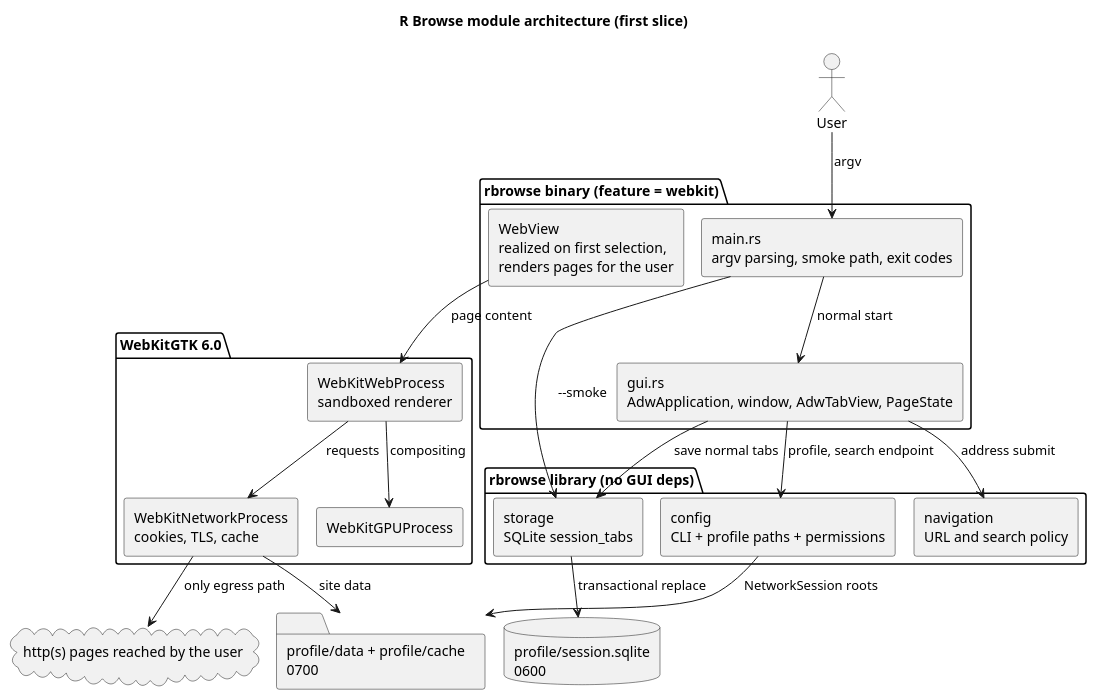
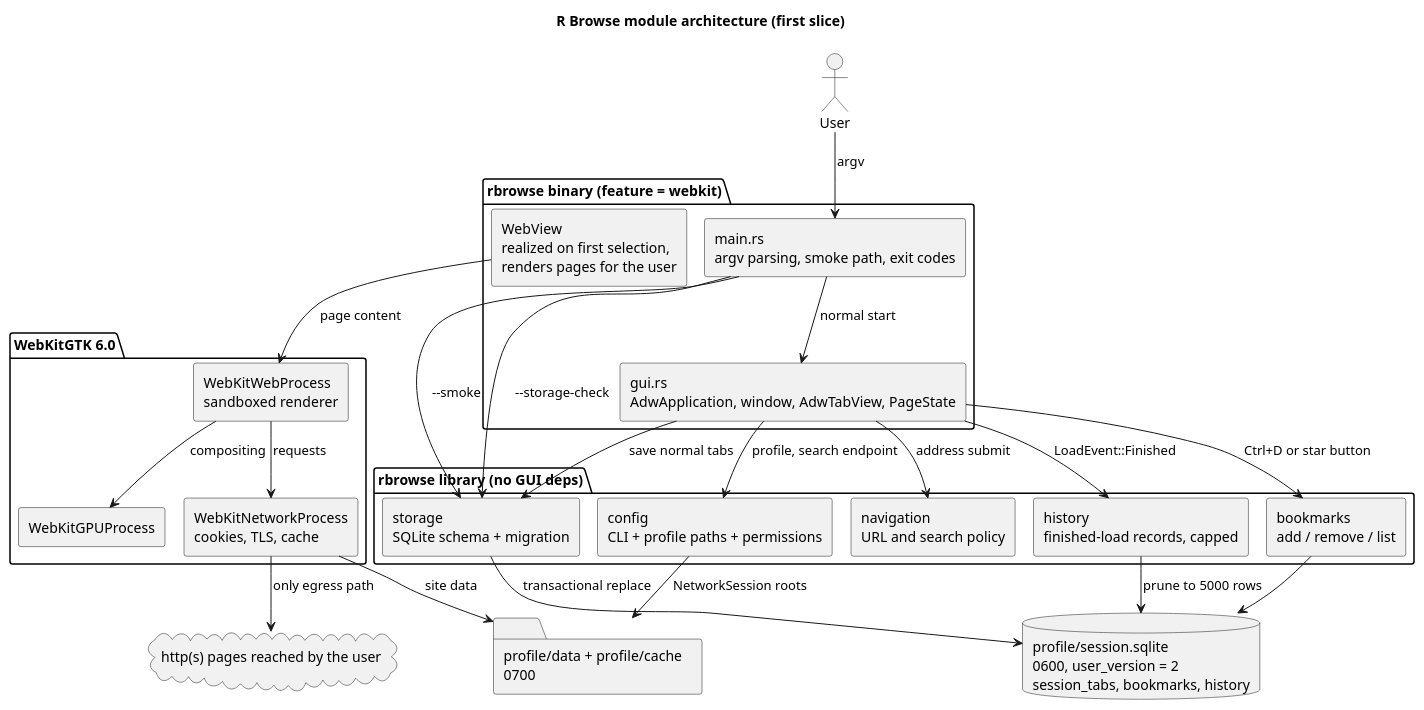
One commit to mariobgsp/browsrl changed the diagram in diagrams/architecture.puml. Above: the diagram before and after it, drawn with PlantUML. The commit also changed 4 other files, not shown here.

First line of the commit message:
feat: bookmark star, history recording, and keyboard actions in the window

```diff
--- a/diagrams/architecture.puml
+++ b/diagrams/architecture.puml
@@ -1,45 +1,52 @@
 @startuml
 !pragma layout smetana
 title R Browse module architecture (first slice)
 
 skinparam componentStyle rectangle
 skinparam shadowing false
 
 actor User
 
 package "rbrowse binary (feature = webkit)" as Shell {
   rectangle "main.rs\nargv parsing, smoke path, exit codes" as Main
   rectangle "gui.rs\nAdwApplication, window, AdwTabView, PageState" as Gui
   rectangle "WebView\nrealized on first selection,\nrenders pages for the user" as WebView
 }
 
 package "rbrowse library (no GUI deps)" as Core {
   rectangle "config\nCLI + profile paths + permissions" as Config
   rectangle "navigation\nURL and search policy" as Navigation
-  rectangle "storage\nSQLite session_tabs" as Storage
+  rectangle "storage\nSQLite schema + migration" as Storage
+  rectangle "bookmarks\nadd / remove / list" as Bookmarks
+  rectangle "history\nfinished-load records, capped" as History
 }
 
 package "WebKitGTK 6.0" as WebKit {
   rectangle "WebKitWebProcess\nsandboxed renderer" as WebProc
   rectangle "WebKitNetworkProcess\ncookies, TLS, cache" as NetProc
   rectangle "WebKitGPUProcess" as GPUProc
 }
 
-database "profile/session.sqlite\n0600" as Db
+database "profile/session.sqlite\n0600, user_version = 2\nsession_tabs, bookmarks, history" as Db
 folder "profile/data + profile/cache\n0700" as WebsiteData
 cloud "http(s) pages reached by the user" as Pages
 
 User --> Main : argv
 Main --> Gui : normal start
 Main --> Storage : --smoke
+Main --> Storage : --storage-check
 Gui --> Config : profile, search endpoint
 Gui --> Navigation : address submit
 Gui --> Storage : save normal tabs
+Gui --> Bookmarks : Ctrl+D or star button
+Gui --> History : LoadEvent::Finished
 Storage --> Db : transactional replace
+Bookmarks --> Db
+History --> Db : prune to 5000 rows
 Config --> WebsiteData : NetworkSession roots
 WebView --> WebProc : page content
 WebProc --> NetProc : requests
 WebProc --> GPUProc : compositing
 NetProc --> WebsiteData : site data
 NetProc --> Pages : only egress path
 @enduml
```
